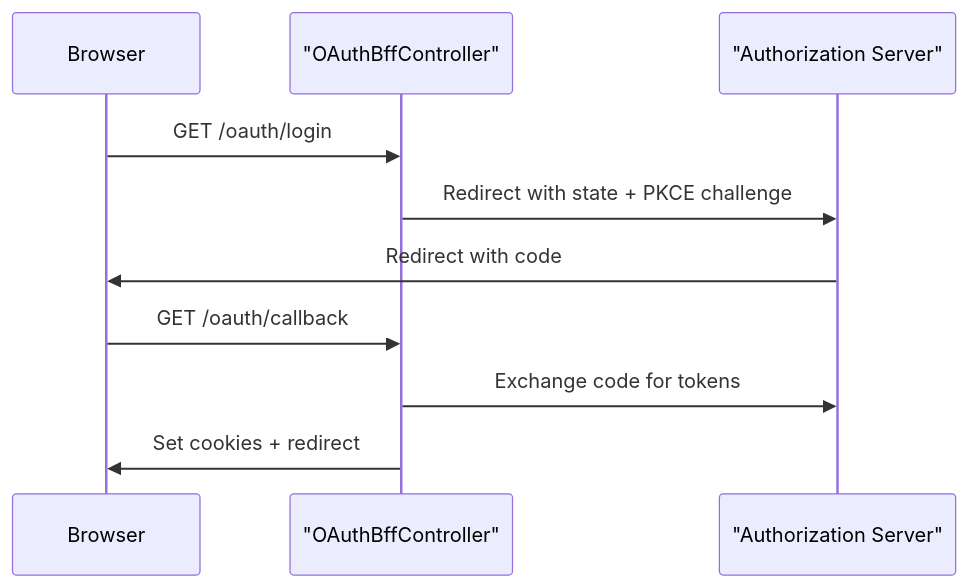
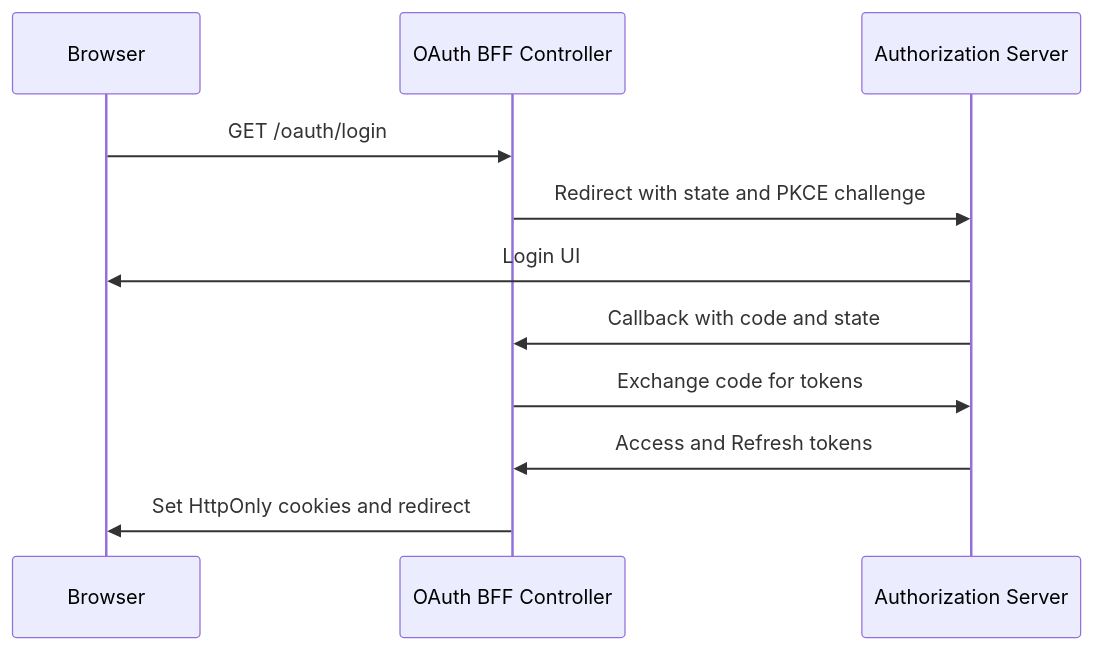
The fifth of 8 diagrams in docs/reference/architecture/security-core-and-oauth-bff/security-core-and-oauth-bff.md (flamingo-stack/openframe-oss-lib), drawn with Mermaid before and after one commit. The commit also changed other lines of this file and 1819 other files, not shown here.

````diff
--- a/docs/reference/architecture/security-core-and-oauth-bff/security-core-and-oauth-bff.md
+++ b/docs/reference/architecture/security-core-and-oauth-bff/security-core-and-oauth-bff.md
@@ -203,13 +205,14 @@
 ```mermaid
 sequenceDiagram
     participant Browser
-    participant BFF as "OAuthBffController"
-    participant Auth as "Authorization Server"
+    participant BFF as OAuth BFF Controller
+    participant Auth as Authorization Server
 
     Browser->>BFF: GET /oauth/login
-    BFF->>Auth: Redirect with state + PKCE challenge
-    Auth->>Browser: Redirect with code
-    Browser->>BFF: GET /oauth/callback
+    BFF->>Auth: Redirect with state and PKCE challenge
+    Auth->>Browser: Login UI
+    Auth->>BFF: Callback with code and state
     BFF->>Auth: Exchange code for tokens
-    BFF->>Browser: Set cookies + redirect
+    Auth->>BFF: Access and Refresh tokens
+    BFF->>Browser: Set HttpOnly cookies and redirect
 ```
````
